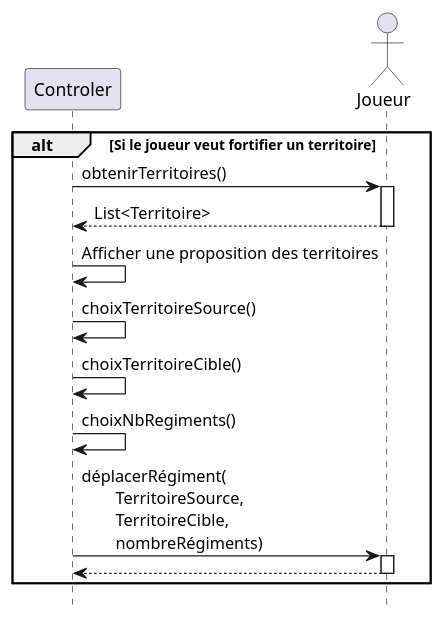
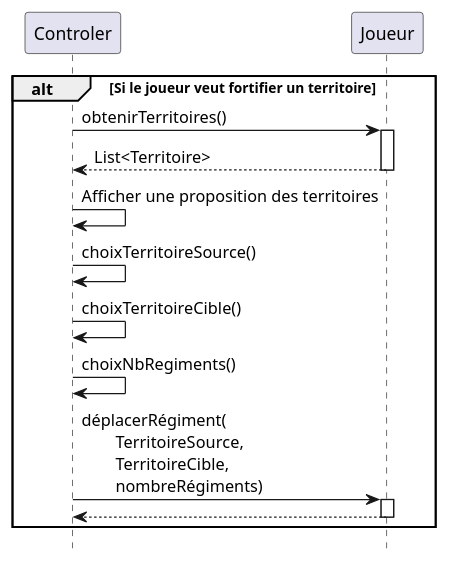
Before and after one commit to manuvai/risk2023: the diagram in docs/inc/fortification.puml, drawn with PlantUML. The commit also changed 5 other files, not shown here.

```diff
--- a/docs/inc/fortification.puml
+++ b/docs/inc/fortification.puml
@@ -1,21 +1,21 @@
 
 
 hide footbox
 participant "Controler" as ctrl
-actor "Joueur" as user
+participant "Joueur" as user
 
 
 alt Si le joueur veut fortifier un territoire
     ctrl -> user ++: obtenirTerritoires()
     return List<Territoire>
 
     ctrl -> ctrl : Afficher une proposition des territoires
 
     ctrl -> ctrl : choixTerritoireSource()
     ctrl -> ctrl : choixTerritoireCible()
     ctrl -> ctrl : choixNbRegiments()
 
     ctrl -> user++ : déplacerRégiment(\n\tTerritoireSource, \n\tTerritoireCible, \n\tnombreRégiments)
     return
 
 end
```
